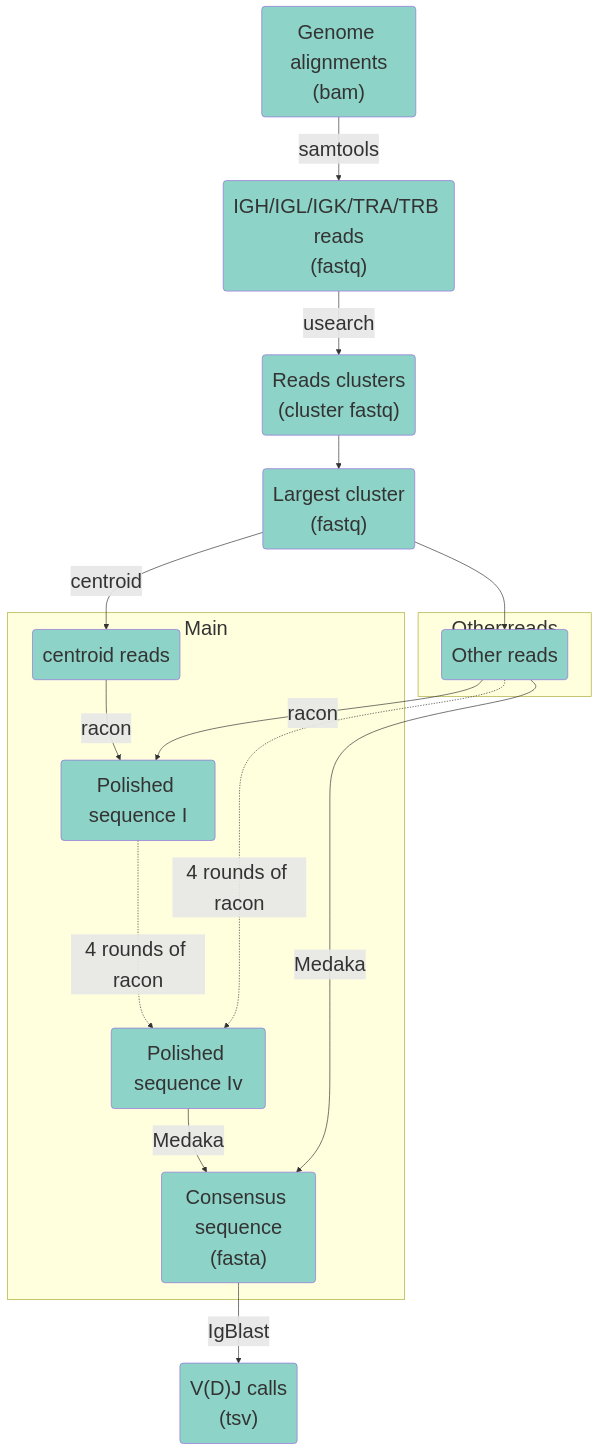
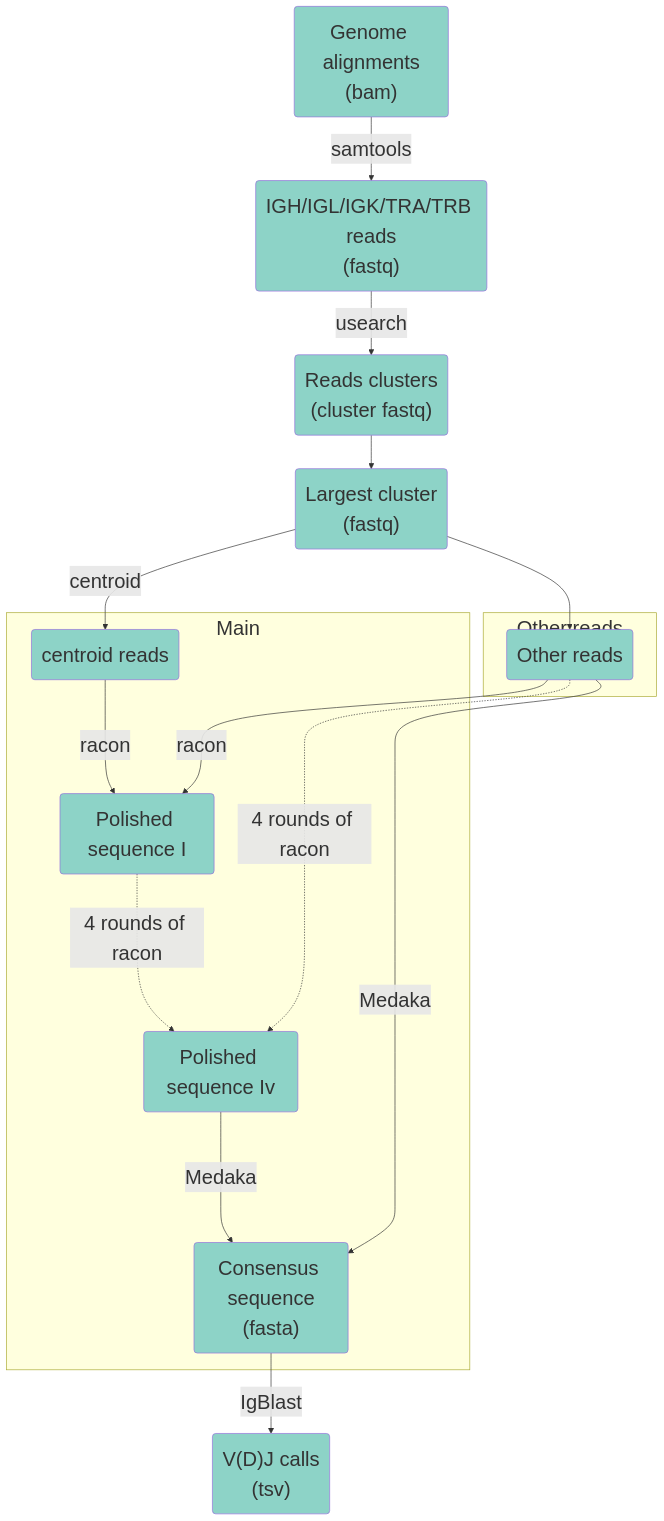
The third of 4 diagrams in README.md (liuzhenyu-yyy/SCAN-seq2), drawn with Mermaid before and after one commit.

Commit message:
line length

````diff
--- a/README.md
+++ b/README.md
@@ -45,25 +45,25 @@
 ```mermaid
 %%{init: {"theme": "default", 'themeVariables': { "fontSize": "30px","fontFamily": "Arial"}}}%%
 graph TD
 
 Align_Genome("Genome alignments</br>(bam)"):::sc -- samtools --> reads("IGH/IGL/IGK/TRA/TRB reads<br/>(fastq)"):::sc --usearch--> cluster("Reads clusters</br>(cluster fastq)"):::sc--> large_clustrer("Largest cluster</br>(fastq)"):::sc--centroid--> centroid("centroid reads"):::sc
 large_clustrer --> Other("Other reads"):::sc
 
 subgraph Main 
-centroid  --racon--> pol1(Polished sequence I):::sc
-pol1 -. 4 rounds of racon..->pol4(Polished sequence Iv):::sc -- Medaka --> con("Consensus sequence</br>(fasta)"):::sc
+centroid  --racon---> pol1(Polished sequence I):::sc
+pol1 -.4 rounds of racon..->pol4(Polished sequence Iv):::sc -- Medaka ----> con("Consensus sequence</br>(fasta)"):::sc
 end
 
 subgraph Other reads
-Other --racon--> pol1
+Other --racon---> pol1
 Other -. 4 rounds of racon.->pol4
 Other -- Medaka --> con("Consensus sequence</br>(fasta)")
 end
 
 con --IgBlast--> VDJ("V(D)J calls</br>(tsv)"):::sc
 
 classDef merge fill:#bebada,stroke:#000000;
 classDef cl fill:#fb8072,stroke:#000000;
 classDef sc fill:#8dd3c7,stroke:#00000;
 classDef down fill:#b3de69,stroke:#000000;
 ```
````
